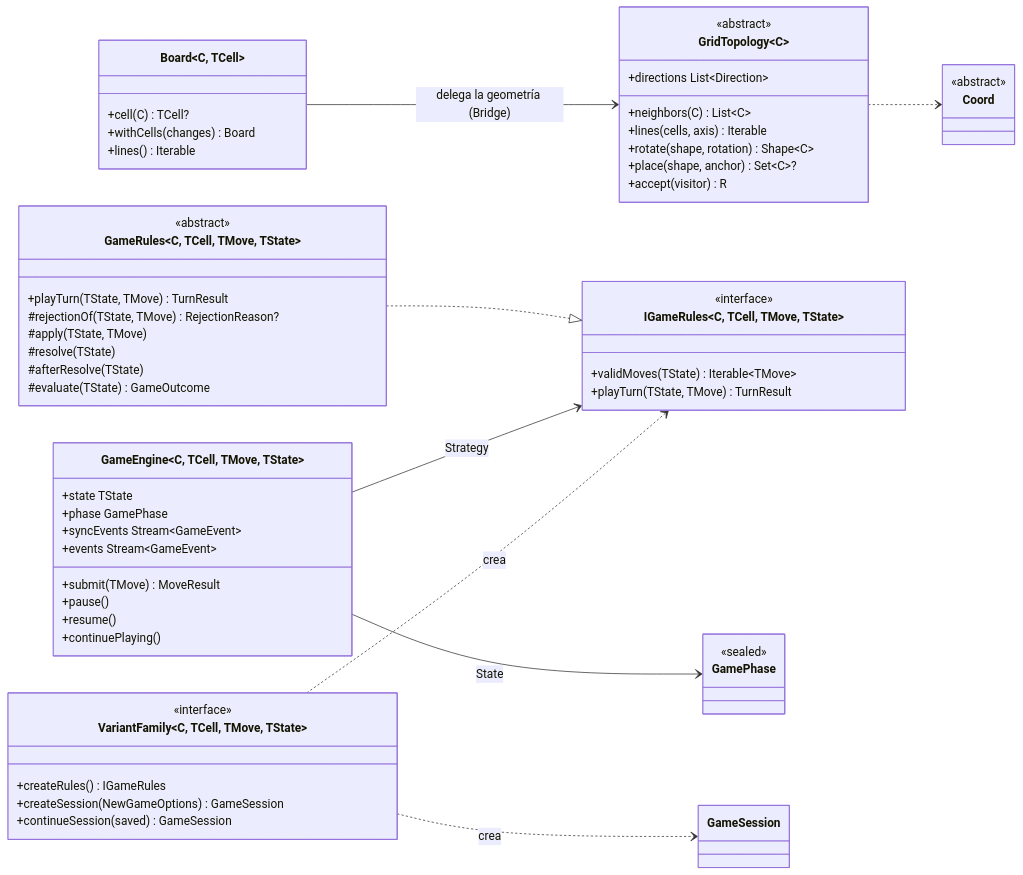
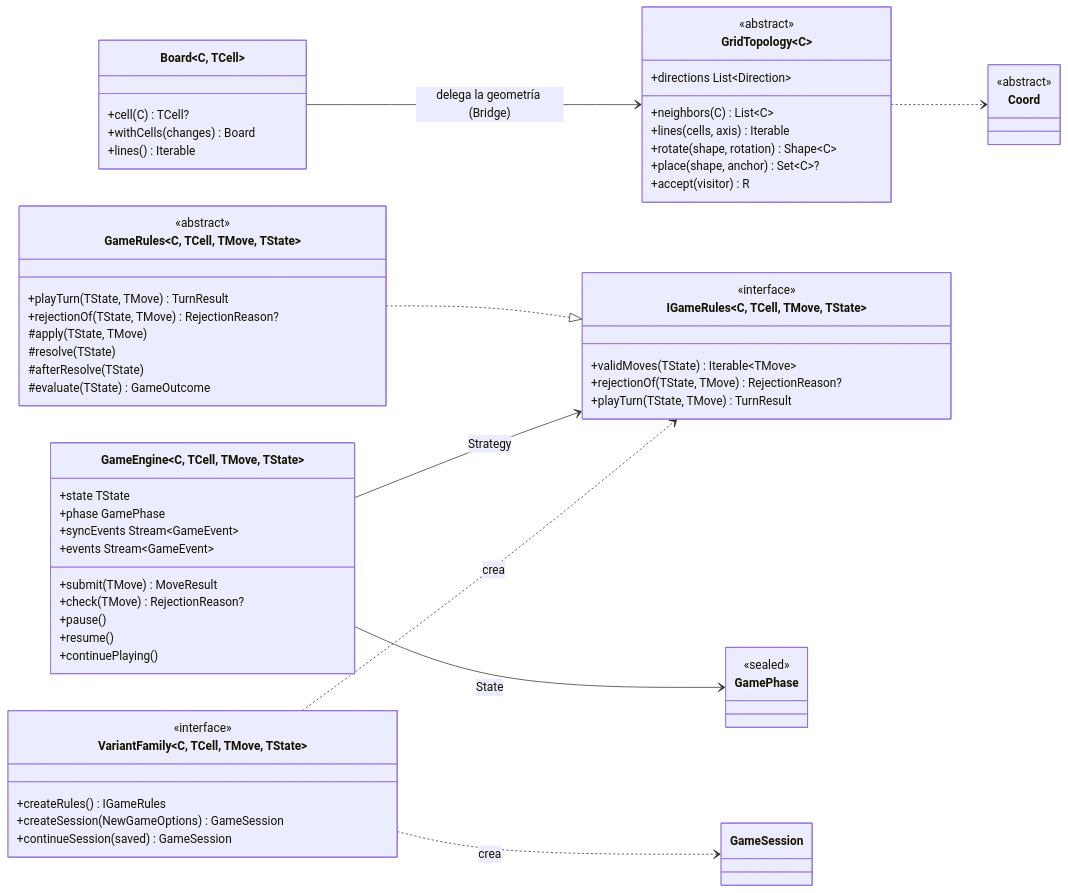
One commit to DanielHaro28/hexablock-app changed the first of 2 diagrams in docs/architecture/ARQ-02-MOTOR.md. Above: the diagram before and after it, drawn with Mermaid. The commit also changed other lines of this file and 15 other files, not shown here.

````diff
--- a/docs/architecture/ARQ-02-MOTOR.md
+++ b/docs/architecture/ARQ-02-MOTOR.md
@@ -59,61 +60,63 @@
 ```mermaid
 classDiagram
     direction LR
     class Coord {
       <<abstract>>
     }
     class GridTopology~C~ {
       <<abstract>>
       +neighbors(C) List~C~
       +lines(cells, axis) Iterable
       +directions List~Direction~
       +rotate(shape, rotation) Shape~C~
       +place(shape, anchor) Set~C~?
       +accept(visitor) R
     }
     class Board~C, TCell~ {
       +cell(C) TCell?
       +withCells(changes) Board
       +lines() Iterable
     }
     class IGameRules~C, TCell, TMove, TState~ {
       <<interface>>
       +validMoves(TState) Iterable~TMove~
+      +rejectionOf(TState, TMove) RejectionReason?
       +playTurn(TState, TMove) TurnResult
     }
     class GameRules~C, TCell, TMove, TState~ {
       <<abstract>>
       +playTurn(TState, TMove) TurnResult
-      #rejectionOf(TState, TMove) RejectionReason?
+      +rejectionOf(TState, TMove) RejectionReason?
       #apply(TState, TMove)
       #resolve(TState)
       #afterResolve(TState)
       #evaluate(TState) GameOutcome
     }
     class GameEngine~C, TCell, TMove, TState~ {
       +state TState
       +phase GamePhase
       +syncEvents Stream~GameEvent~
       +events Stream~GameEvent~
       +submit(TMove) MoveResult
+      +check(TMove) RejectionReason?
       +pause()
       +resume()
       +continuePlaying()
     }
     class GamePhase {
       <<sealed>>
     }
     class VariantFamily~C, TCell, TMove, TState~ {
       <<interface>>
       +createRules() IGameRules
       +createSession(NewGameOptions) GameSession
       +continueSession(saved) GameSession
     }
     Board --> GridTopology : delega la geometría (Bridge)
     GridTopology ..> Coord
     GameRules ..|> IGameRules
     GameEngine --> IGameRules : Strategy
     GameEngine --> GamePhase : State
     VariantFamily ..> IGameRules : crea
     VariantFamily ..> GameSession : crea
 ```
````
